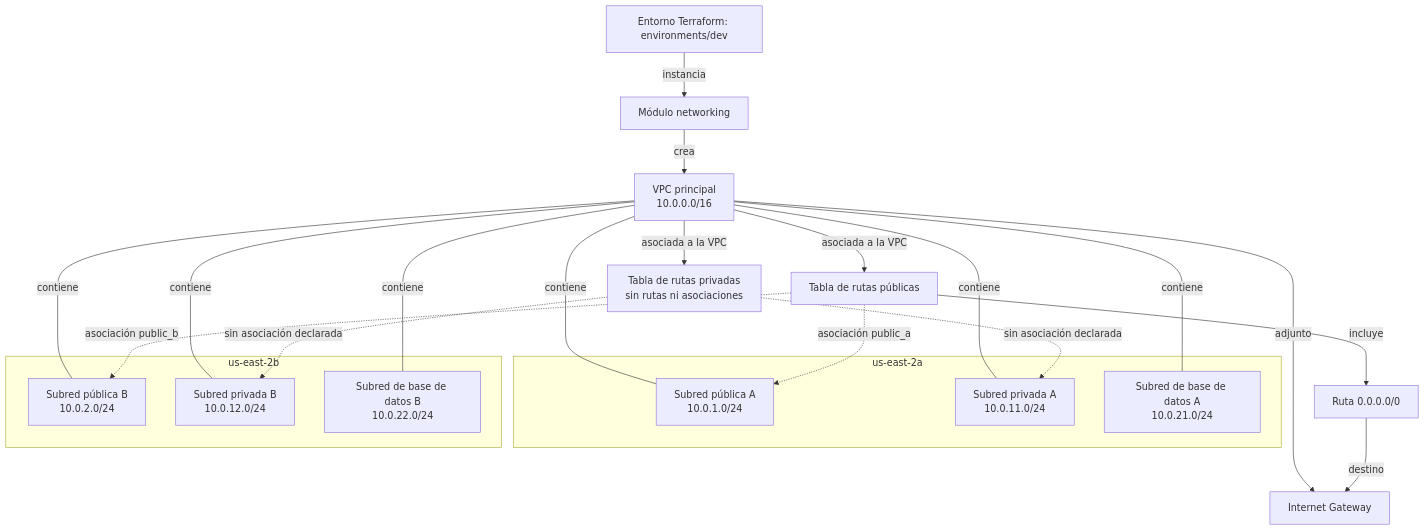
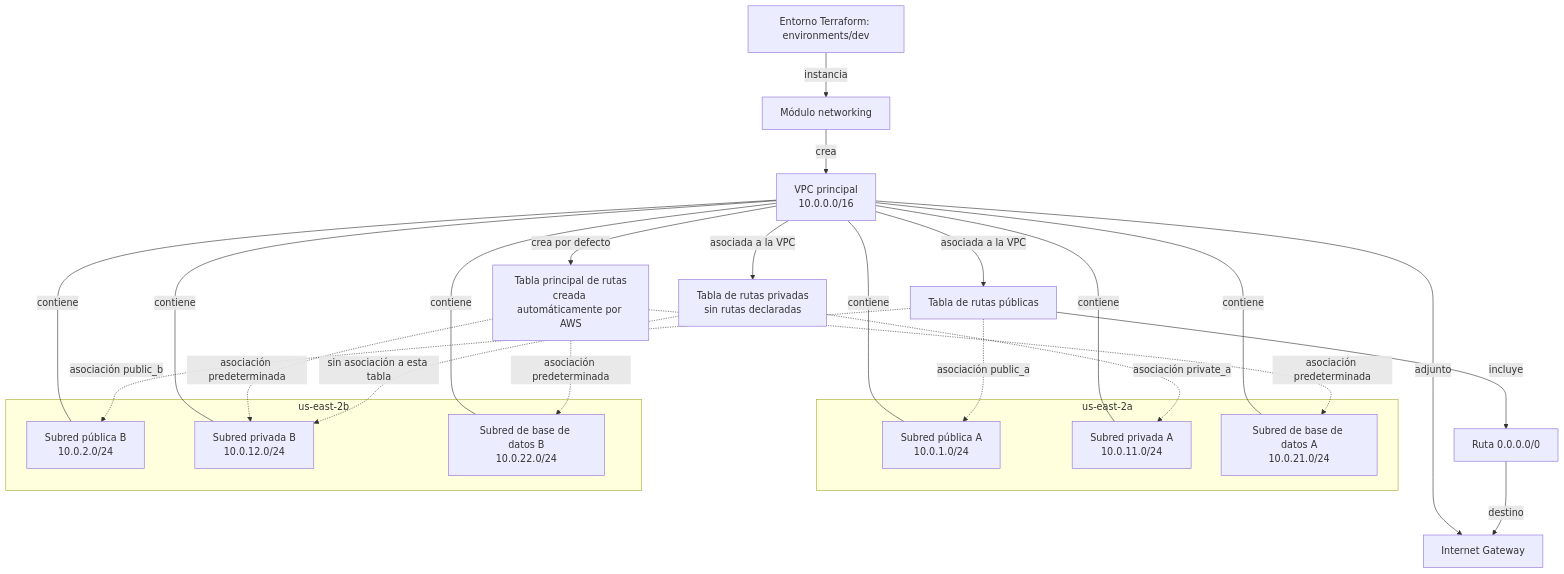
The second of 2 diagrams in doc/README.md (STRADIVARIUS590/AWS-Infrastructure-Platform), drawn with Mermaid before and after one commit. The commit also changed other lines of this file and 1 other file, not shown here.

Commit message:
feat(networking): associate private subnet A with private route table

````diff
--- a/doc/README.md
+++ b/doc/README.md
@@ -51,40 +51,45 @@
 ```mermaid
 flowchart TB
     Dev["Entorno Terraform: environments/dev"]
     Module["Módulo networking"]
     VPC["VPC principal<br/>10.0.0.0/16"]
     IGW["Internet Gateway"]
+    MainRT["Tabla principal de rutas<br/>creada automáticamente por AWS"]
     PublicRT["Tabla de rutas públicas"]
-    PrivateRT["Tabla de rutas privadas<br/>sin rutas ni asociaciones"]
+    PrivateRT["Tabla de rutas privadas<br/>sin rutas declaradas"]
     DefaultRoute["Ruta 0.0.0.0/0"]
 
     subgraph AZA["us-east-2a"]
         PubA["Subred pública A<br/>10.0.1.0/24"]
         PrivA["Subred privada A<br/>10.0.11.0/24"]
         DBA["Subred de base de datos A<br/>10.0.21.0/24"]
     end
 
     subgraph AZB["us-east-2b"]
         PubB["Subred pública B<br/>10.0.2.0/24"]
         PrivB["Subred privada B<br/>10.0.12.0/24"]
         DBB["Subred de base de datos B<br/>10.0.22.0/24"]
     end
 
     Dev -->|"instancia"| Module
     Module -->|"crea"| VPC
     VPC ---|"contiene"| PubA
     VPC ---|"contiene"| PubB
     VPC ---|"contiene"| PrivA
     VPC ---|"contiene"| PrivB
     VPC ---|"contiene"| DBA
     VPC ---|"contiene"| DBB
     VPC -->|"adjunto"| IGW
+    VPC -->|"crea por defecto"| MainRT
     VPC -->|"asociada a la VPC"| PublicRT
     VPC -->|"asociada a la VPC"| PrivateRT
+    MainRT -.->|"asociación predeterminada"| PrivB
+    MainRT -.->|"asociación predeterminada"| DBA
+    MainRT -.->|"asociación predeterminada"| DBB
     PublicRT -->|"incluye"| DefaultRoute
     DefaultRoute -->|"destino"| IGW
     PublicRT -.->|"asociación public_a"| PubA
     PublicRT -.->|"asociación public_b"| PubB
-    PrivateRT -.->|"sin asociación declarada"| PrivA
-    PrivateRT -.->|"sin asociación declarada"| PrivB
+    PrivateRT -.->|"asociación private_a"| PrivA
+    PrivateRT -.->|"sin asociación a esta tabla"| PrivB
 ```
````
